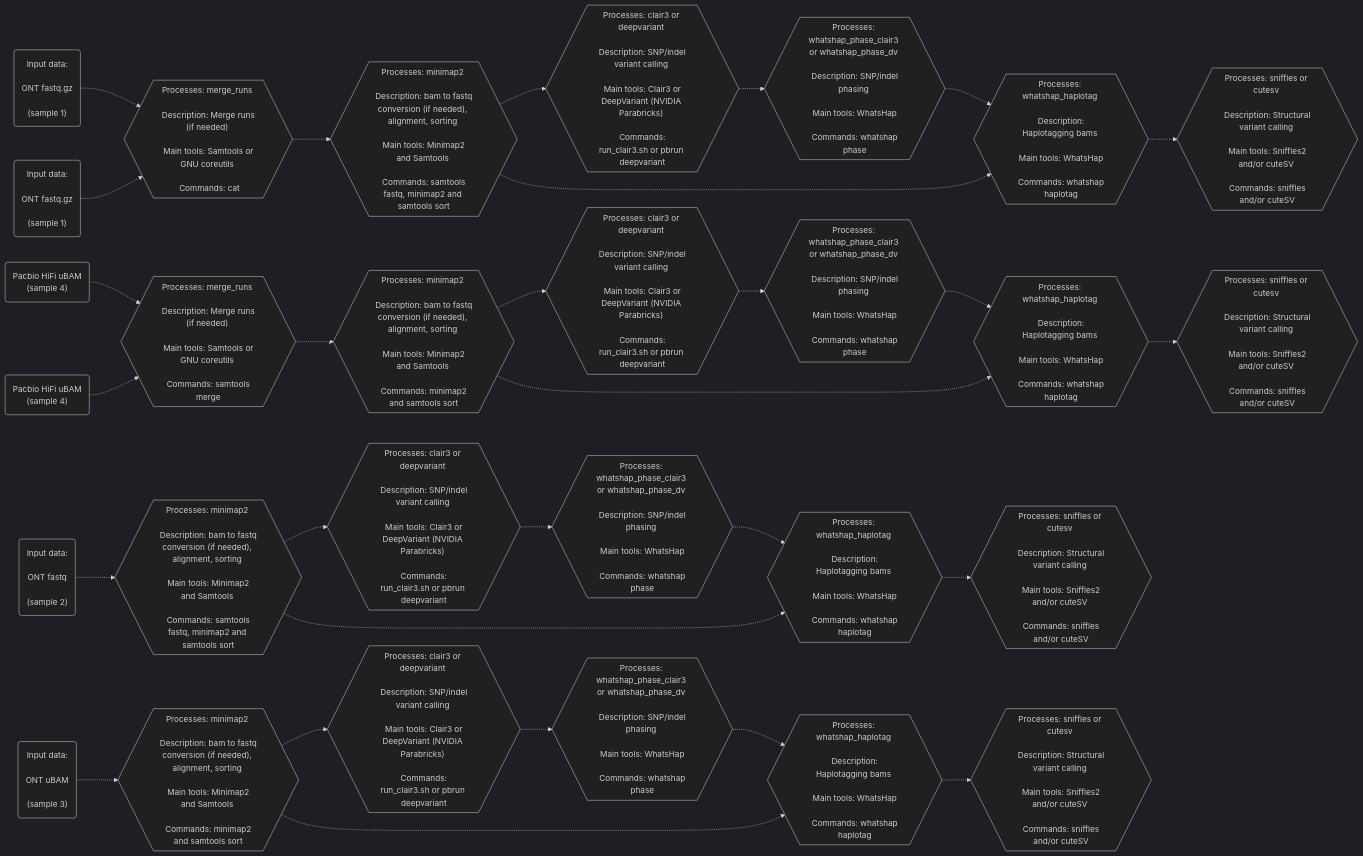
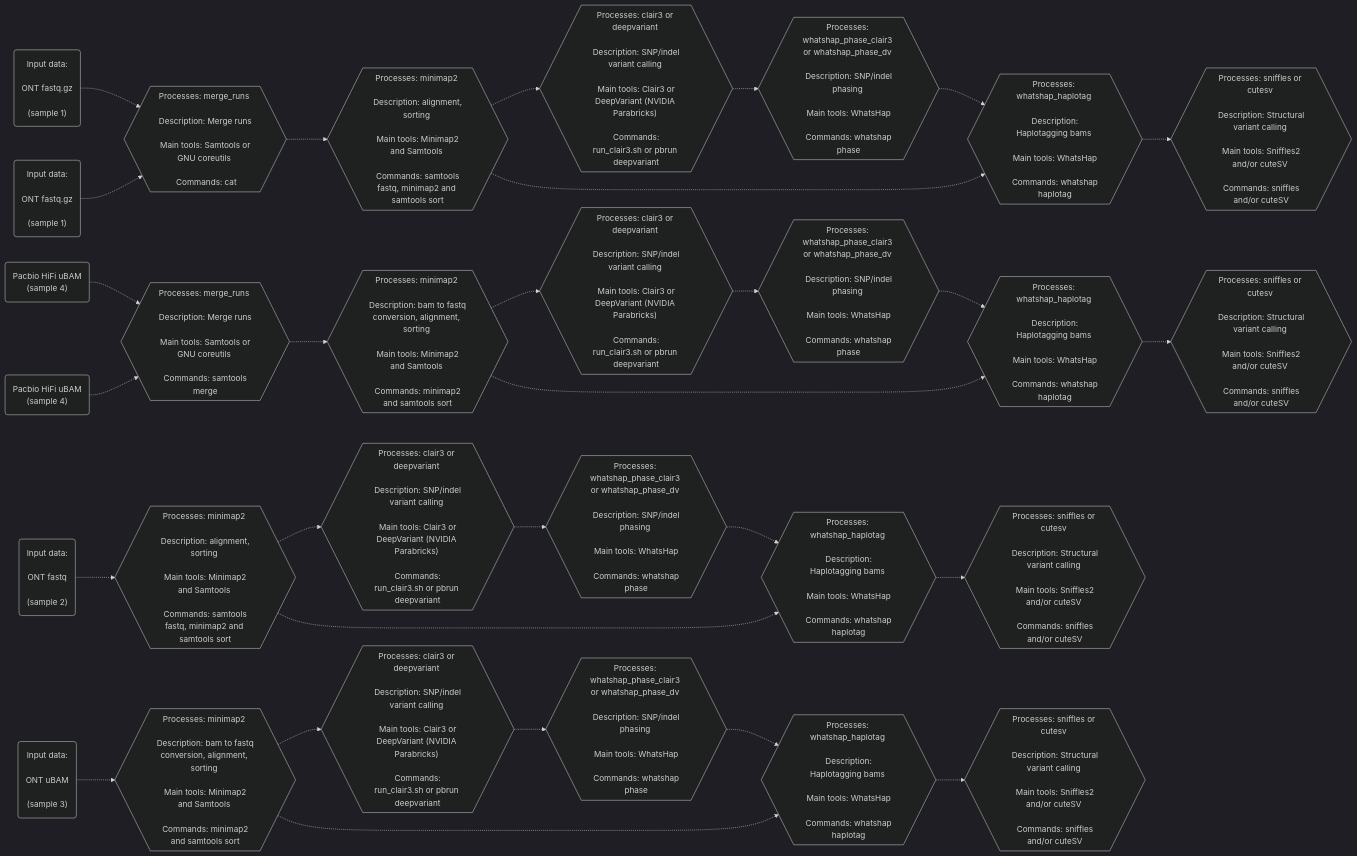
The second of 2 diagrams in README.md (leahkemp/pipeface), drawn with Mermaid before and after one commit.

````diff
--- a/README.md
+++ b/README.md
@@ -35,54 +35,54 @@
 ```mermaid
 %%{init: {'theme':'dark'}}%%
 flowchart LR
 
 ont_data_f1("Input data: \n\n ONT fastq.gz \n\n (sample 1)")
 ont_data_f2("Input data: \n\n ONT fastq.gz \n\n (sample 1)")
 ont_data_f3("Input data: \n\n ONT fastq \n\n (sample 2)")
 ont_data_f4("Input data: \n\n ONT uBAM \n\n (sample 3)")
 
 pacbio_data_f5("Pacbio HiFi uBAM \n (sample 4)")
 pacbio_data_f6("Pacbio HiFi uBAM \n (sample 4)")
 
-merging_m1{{"Processes: merge_runs \n\n Description: Merge runs (if needed) \n\n Main tools: Samtools or GNU coreutils \n\n Commands: cat"}}
-merging_m2{{"Processes: merge_runs \n\n Description: Merge runs (if needed) \n\n Main tools: Samtools or GNU coreutils \n\n Commands: samtools merge"}}
+merging_m1{{"Processes: merge_runs \n\n Description: Merge runs \n\n Main tools: Samtools or GNU coreutils \n\n Commands: cat"}}
+merging_m2{{"Processes: merge_runs \n\n Description: Merge runs \n\n Main tools: Samtools or GNU coreutils \n\n Commands: samtools merge"}}
 
-alignment_s1{{"Processes: minimap2 \n\n Description: bam to fastq conversion (if needed), alignment, sorting \n\n Main tools: Minimap2 and Samtools \n\n Commands: samtools fastq, minimap2 and samtools sort"}}
-alignment_s2{{"Processes: minimap2 \n\n Description: bam to fastq conversion (if needed), alignment, sorting \n\n Main tools: Minimap2 and Samtools \n\n Commands: samtools fastq, minimap2 and samtools sort"}}
-alignment_s3{{"Processes: minimap2 \n\n Description: bam to fastq conversion (if needed), alignment, sorting \n\n Main tools: Minimap2 and Samtools \n\n Commands: minimap2 and samtools sort"}}
-alignment_s4{{"Processes: minimap2 \n\n Description: bam to fastq conversion (if needed), alignment, sorting \n\n Main tools: Minimap2 and Samtools \n\n Commands: minimap2 and samtools sort"}}
+alignment_s1{{"Processes: minimap2 \n\n Description: alignment, sorting \n\n Main tools: Minimap2 and Samtools \n\n Commands: samtools fastq, minimap2 and samtools sort"}}
+alignment_s2{{"Processes: minimap2 \n\n Description: alignment, sorting \n\n Main tools: Minimap2 and Samtools \n\n Commands: samtools fastq, minimap2 and samtools sort"}}
+alignment_s3{{"Processes: minimap2 \n\n Description: bam to fastq conversion, alignment, sorting \n\n Main tools: Minimap2 and Samtools \n\n Commands: minimap2 and samtools sort"}}
+alignment_s4{{"Processes: minimap2 \n\n Description: bam to fastq conversion, alignment, sorting \n\n Main tools: Minimap2 and Samtools \n\n Commands: minimap2 and samtools sort"}}
 
 snp_indel_calling_s1{{"Processes: clair3 or deepvariant \n\n Description: SNP/indel variant calling \n\n Main tools: Clair3 or DeepVariant (NVIDIA Parabricks) \n\n Commands: run_clair3.sh or pbrun deepvariant"}}
 snp_indel_calling_s2{{"Processes: clair3 or deepvariant \n\n Description: SNP/indel variant calling \n\n Main tools: Clair3 or DeepVariant (NVIDIA Parabricks) \n\n Commands: run_clair3.sh or pbrun deepvariant"}}
 snp_indel_calling_s3{{"Processes: clair3 or deepvariant \n\n Description: SNP/indel variant calling \n\n Main tools: Clair3 or DeepVariant (NVIDIA Parabricks) \n\n Commands: run_clair3.sh or pbrun deepvariant"}}
 snp_indel_calling_s4{{"Processes: clair3 or deepvariant \n\n Description: SNP/indel variant calling \n\n Main tools: Clair3 or DeepVariant (NVIDIA Parabricks) \n\n Commands: run_clair3.sh or pbrun deepvariant"}}
 
 snp_indel_phasing_s1{{"Processes: whatshap_phase_clair3 or whatshap_phase_dv \n\n Description: SNP/indel phasing \n\n Main tools: WhatsHap \n\n Commands: whatshap phase"}}
 snp_indel_phasing_s2{{"Processes: whatshap_phase_clair3 or whatshap_phase_dv \n\n Description: SNP/indel phasing \n\n Main tools: WhatsHap \n\n Commands: whatshap phase"}}
 snp_indel_phasing_s3{{"Processes: whatshap_phase_clair3 or whatshap_phase_dv \n\n Description: SNP/indel phasing \n\n Main tools: WhatsHap \n\n Commands: whatshap phase"}}
 snp_indel_phasing_s4{{"Processes: whatshap_phase_clair3 or whatshap_phase_dv \n\n Description: SNP/indel phasing \n\n Main tools: WhatsHap \n\n Commands: whatshap phase"}}
 
 haplotagging_s1{{"Processes: whatshap_haplotag \n\n Description: Haplotagging bams \n\n Main tools: WhatsHap \n\n Commands: whatshap haplotag"}}
 haplotagging_s2{{"Processes: whatshap_haplotag \n\n Description: Haplotagging bams \n\n Main tools: WhatsHap \n\n Commands: whatshap haplotag"}}
 haplotagging_s3{{"Processes: whatshap_haplotag \n\n Description: Haplotagging bams \n\n Main tools: WhatsHap \n\n Commands: whatshap haplotag"}}
 haplotagging_s4{{"Processes: whatshap_haplotag \n\n Description: Haplotagging bams \n\n Main tools: WhatsHap \n\n Commands: whatshap haplotag"}}
 
 sv_calling_s1{{"Processes: sniffles or cutesv \n\n Description: Structural variant calling \n\n Main tools: Sniffles2 and/or cuteSV \n\n Commands: sniffles and/or cuteSV"}}
 sv_calling_s2{{"Processes: sniffles or cutesv \n\n Description: Structural variant calling \n\n Main tools: Sniffles2 and/or cuteSV \n\n Commands: sniffles and/or cuteSV"}}
 sv_calling_s3{{"Processes: sniffles or cutesv \n\n Description: Structural variant calling \n\n Main tools: Sniffles2 and/or cuteSV \n\n Commands: sniffles and/or cuteSV"}}
 sv_calling_s4{{"Processes: sniffles or cutesv \n\n Description: Structural variant calling \n\n Main tools: Sniffles2 and/or cuteSV \n\n Commands: sniffles and/or cuteSV"}}
 
 ont_data_f1-.->merging_m1-.->alignment_s1-.->snp_indel_calling_s1-.->snp_indel_phasing_s1-.->haplotagging_s1-.->sv_calling_s1
 ont_data_f2-.->merging_m1
 ont_data_f3-.->alignment_s2-.->snp_indel_calling_s2-.->snp_indel_phasing_s2-.->haplotagging_s2-.->sv_calling_s2
 ont_data_f4-.->alignment_s3-.->snp_indel_calling_s3-.->snp_indel_phasing_s3-.->haplotagging_s3-.->sv_calling_s3
 
 pacbio_data_f5-.->merging_m2-.->alignment_s4-.->snp_indel_calling_s4-.->snp_indel_phasing_s4-.->haplotagging_s4-.->sv_calling_s4
 pacbio_data_f6-.->merging_m2
 
 alignment_s1-.->haplotagging_s1
 alignment_s2-.->haplotagging_s2
 alignment_s3-.->haplotagging_s3
 alignment_s4-.->haplotagging_s4
 
 ```
````
